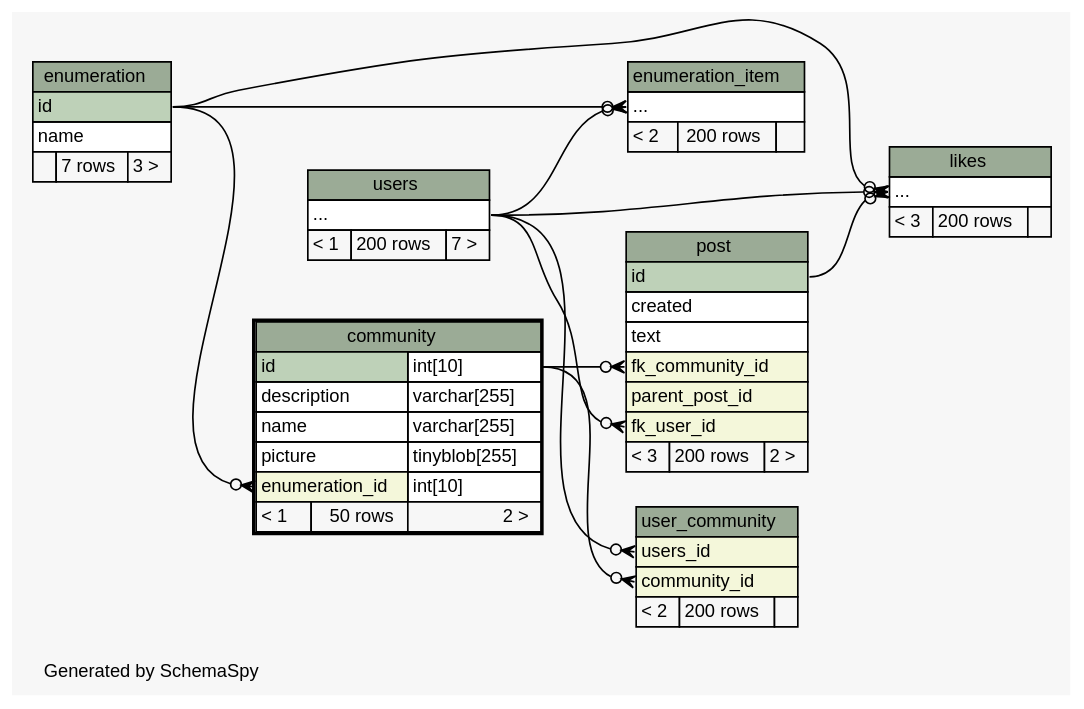
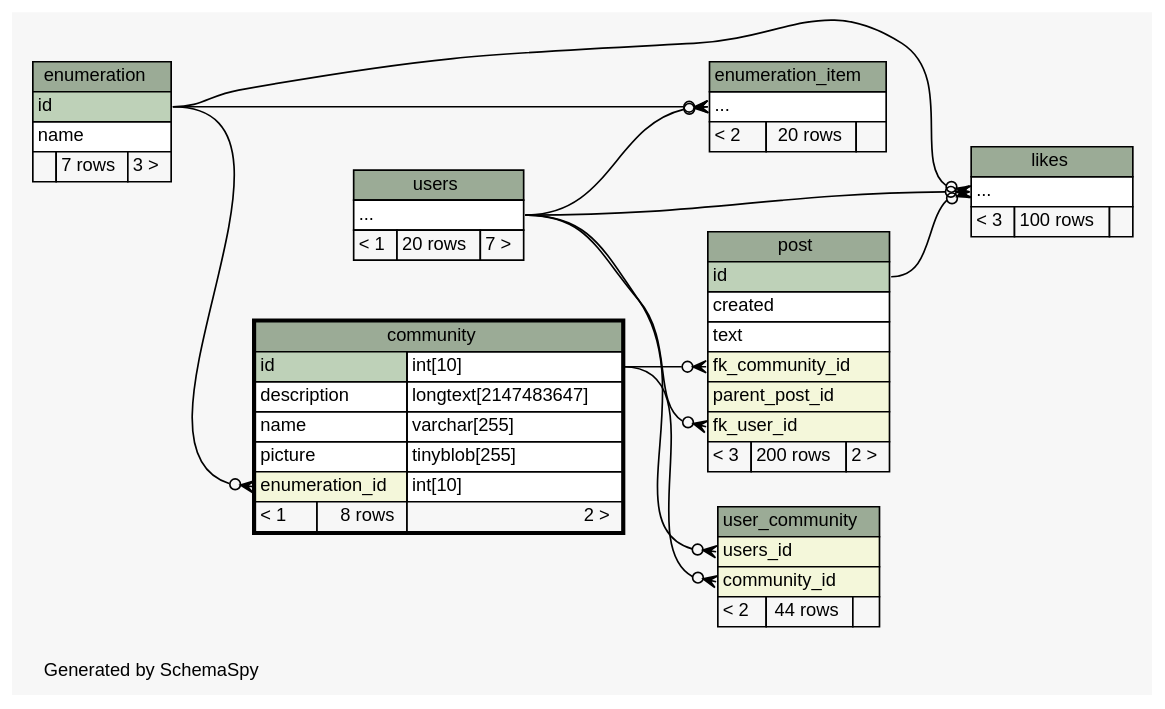
Before and after one commit to chr-krenn/chr-krenn-fhj-ws2017-sd17-pse: the diagram in doc/db_schema/diagrams/community.2degrees.dot, drawn with Graphviz. The commit also changed 65 other files, not shown here.

```diff
--- a/doc/db_schema/diagrams/community.2degrees.dot
+++ b/doc/db_schema/diagrams/community.2degrees.dot
@@ -1,113 +1,113 @@
 // dot 2.40.1 on Linux 4.12.5-300.fc26.x86_64
 // SchemaSpy rev 590
 digraph "twoDegreesRelationshipsDiagram" {
   graph [
     rankdir="RL"
     bgcolor="#f7f7f7"
     label="\nGenerated by SchemaSpy"
     labeljust="l"
     nodesep="0.18"
     ranksep="0.46"
     fontname="Helvetica"
     fontsize="11"
   ];
   node [
     fontname="Helvetica"
     fontsize="11"
     shape="plaintext"
   ];
   edge [
     arrowsize="0.8"
   ];
   "community":"enumeration_id":w -> "enumeration":"id":e [arrowhead=none dir=back arrowtail=crowodot];
   "enumeration_item":"elipses":w -> "enumeration":"id":e [arrowhead=none dir=back arrowtail=crowodot];
   "enumeration_item":"elipses":w -> "users":"elipses":e [arrowhead=none dir=back arrowtail=crowodot];
   "likes":"elipses":w -> "enumeration":"id":e [arrowhead=none dir=back arrowtail=crowodot];
   "likes":"elipses":w -> "post":"id":e [arrowhead=none dir=back arrowtail=crowodot];
   "likes":"elipses":w -> "users":"elipses":e [arrowhead=none dir=back arrowtail=crowodot];
   "post":"fk_community_id":w -> "community":"id.type":e [arrowhead=none dir=back arrowtail=crowodot];
   "post":"fk_user_id":w -> "users":"elipses":e [arrowhead=none dir=back arrowtail=crowodot];
   "user_community":"community_id":w -> "community":"id.type":e [arrowhead=none dir=back arrowtail=crowodot];
   "user_community":"users_id":w -> "users":"elipses":e [arrowhead=none dir=back arrowtail=crowodot];
   "community" [
     label=<
     <TABLE BORDER="2" CELLBORDER="1" CELLSPACING="0" BGCOLOR="#ffffff">
       <TR><TD COLSPAN="3" BGCOLOR="#9bab96" ALIGN="CENTER">community</TD></TR>
       <TR><TD PORT="id" COLSPAN="2" BGCOLOR="#bed1b8" ALIGN="LEFT">id</TD><TD PORT="id.type" ALIGN="LEFT">int[10]</TD></TR>
-      <TR><TD PORT="description" COLSPAN="2" ALIGN="LEFT">description</TD><TD PORT="description.type" ALIGN="LEFT">varchar[255]</TD></TR>
+      <TR><TD PORT="description" COLSPAN="2" ALIGN="LEFT">description</TD><TD PORT="description.type" ALIGN="LEFT">longtext[2147483647]</TD></TR>
       <TR><TD PORT="name" COLSPAN="2" ALIGN="LEFT">name</TD><TD PORT="name.type" ALIGN="LEFT">varchar[255]</TD></TR>
       <TR><TD PORT="picture" COLSPAN="2" ALIGN="LEFT">picture</TD><TD PORT="picture.type" ALIGN="LEFT">tinyblob[255]</TD></TR>
       <TR><TD PORT="enumeration_id" COLSPAN="2" BGCOLOR="#f4f7da" ALIGN="LEFT">enumeration_id</TD><TD PORT="enumeration_id.type" ALIGN="LEFT">int[10]</TD></TR>
-      <TR><TD ALIGN="LEFT" BGCOLOR="#f7f7f7">&lt; 1</TD><TD ALIGN="RIGHT" BGCOLOR="#f7f7f7">50 rows</TD><TD ALIGN="RIGHT" BGCOLOR="#f7f7f7">2 &gt;</TD></TR>
+      <TR><TD ALIGN="LEFT" BGCOLOR="#f7f7f7">&lt; 1</TD><TD ALIGN="RIGHT" BGCOLOR="#f7f7f7">8 rows</TD><TD ALIGN="RIGHT" BGCOLOR="#f7f7f7">2 &gt;</TD></TR>
     </TABLE>>
     URL="community.html"
     tooltip="community"
   ];
   "enumeration" [
     label=<
     <TABLE BORDER="0" CELLBORDER="1" CELLSPACING="0" BGCOLOR="#ffffff">
       <TR><TD COLSPAN="3" BGCOLOR="#9bab96" ALIGN="CENTER">enumeration</TD></TR>
       <TR><TD PORT="id" COLSPAN="3" BGCOLOR="#bed1b8" ALIGN="LEFT">id</TD></TR>
       <TR><TD PORT="name" COLSPAN="3" ALIGN="LEFT">name</TD></TR>
       <TR><TD ALIGN="LEFT" BGCOLOR="#f7f7f7">  </TD><TD ALIGN="RIGHT" BGCOLOR="#f7f7f7">7 rows</TD><TD ALIGN="RIGHT" BGCOLOR="#f7f7f7">3 &gt;</TD></TR>
     </TABLE>>
     URL="enumeration.html"
     tooltip="enumeration"
   ];
   "enumeration_item" [
     label=<
     <TABLE BORDER="0" CELLBORDER="1" CELLSPACING="0" BGCOLOR="#ffffff">
       <TR><TD COLSPAN="3" BGCOLOR="#9bab96" ALIGN="CENTER">enumeration_item</TD></TR>
       <TR><TD PORT="elipses" COLSPAN="3" ALIGN="LEFT">...</TD></TR>
-      <TR><TD ALIGN="LEFT" BGCOLOR="#f7f7f7">&lt; 2</TD><TD ALIGN="RIGHT" BGCOLOR="#f7f7f7">200 rows</TD><TD ALIGN="RIGHT" BGCOLOR="#f7f7f7">  </TD></TR>
+      <TR><TD ALIGN="LEFT" BGCOLOR="#f7f7f7">&lt; 2</TD><TD ALIGN="RIGHT" BGCOLOR="#f7f7f7">20 rows</TD><TD ALIGN="RIGHT" BGCOLOR="#f7f7f7">  </TD></TR>
     </TABLE>>
     URL="enumeration_item.html"
     tooltip="enumeration_item"
   ];
   "likes" [
     label=<
     <TABLE BORDER="0" CELLBORDER="1" CELLSPACING="0" BGCOLOR="#ffffff">
       <TR><TD COLSPAN="3" BGCOLOR="#9bab96" ALIGN="CENTER">likes</TD></TR>
       <TR><TD PORT="elipses" COLSPAN="3" ALIGN="LEFT">...</TD></TR>
-      <TR><TD ALIGN="LEFT" BGCOLOR="#f7f7f7">&lt; 3</TD><TD ALIGN="RIGHT" BGCOLOR="#f7f7f7">200 rows</TD><TD ALIGN="RIGHT" BGCOLOR="#f7f7f7">  </TD></TR>
+      <TR><TD ALIGN="LEFT" BGCOLOR="#f7f7f7">&lt; 3</TD><TD ALIGN="RIGHT" BGCOLOR="#f7f7f7">100 rows</TD><TD ALIGN="RIGHT" BGCOLOR="#f7f7f7">  </TD></TR>
     </TABLE>>
     URL="likes.html"
     tooltip="likes"
   ];
   "post" [
     label=<
     <TABLE BORDER="0" CELLBORDER="1" CELLSPACING="0" BGCOLOR="#ffffff">
       <TR><TD COLSPAN="3" BGCOLOR="#9bab96" ALIGN="CENTER">post</TD></TR>
       <TR><TD PORT="id" COLSPAN="3" BGCOLOR="#bed1b8" ALIGN="LEFT">id</TD></TR>
       <TR><TD PORT="created" COLSPAN="3" ALIGN="LEFT">created</TD></TR>
       <TR><TD PORT="text" COLSPAN="3" ALIGN="LEFT">text</TD></TR>
       <TR><TD PORT="fk_community_id" COLSPAN="3" BGCOLOR="#f4f7da" ALIGN="LEFT">fk_community_id</TD></TR>
       <TR><TD PORT="parent_post_id" COLSPAN="3" BGCOLOR="#f4f7da" ALIGN="LEFT">parent_post_id</TD></TR>
       <TR><TD PORT="fk_user_id" COLSPAN="3" BGCOLOR="#f4f7da" ALIGN="LEFT">fk_user_id</TD></TR>
       <TR><TD ALIGN="LEFT" BGCOLOR="#f7f7f7">&lt; 3</TD><TD ALIGN="RIGHT" BGCOLOR="#f7f7f7">200 rows</TD><TD ALIGN="RIGHT" BGCOLOR="#f7f7f7">2 &gt;</TD></TR>
     </TABLE>>
     URL="post.html"
     tooltip="post"
   ];
   "user_community" [
     label=<
     <TABLE BORDER="0" CELLBORDER="1" CELLSPACING="0" BGCOLOR="#ffffff">
       <TR><TD COLSPAN="3" BGCOLOR="#9bab96" ALIGN="CENTER">user_community</TD></TR>
       <TR><TD PORT="users_id" COLSPAN="3" BGCOLOR="#f4f7da" ALIGN="LEFT">users_id</TD></TR>
       <TR><TD PORT="community_id" COLSPAN="3" BGCOLOR="#f4f7da" ALIGN="LEFT">community_id</TD></TR>
-      <TR><TD ALIGN="LEFT" BGCOLOR="#f7f7f7">&lt; 2</TD><TD ALIGN="RIGHT" BGCOLOR="#f7f7f7">200 rows</TD><TD ALIGN="RIGHT" BGCOLOR="#f7f7f7">  </TD></TR>
+      <TR><TD ALIGN="LEFT" BGCOLOR="#f7f7f7">&lt; 2</TD><TD ALIGN="RIGHT" BGCOLOR="#f7f7f7">44 rows</TD><TD ALIGN="RIGHT" BGCOLOR="#f7f7f7">  </TD></TR>
     </TABLE>>
     URL="user_community.html"
     tooltip="user_community"
   ];
   "users" [
     label=<
     <TABLE BORDER="0" CELLBORDER="1" CELLSPACING="0" BGCOLOR="#ffffff">
       <TR><TD COLSPAN="3" BGCOLOR="#9bab96" ALIGN="CENTER">users</TD></TR>
       <TR><TD PORT="elipses" COLSPAN="3" ALIGN="LEFT">...</TD></TR>
-      <TR><TD ALIGN="LEFT" BGCOLOR="#f7f7f7">&lt; 1</TD><TD ALIGN="RIGHT" BGCOLOR="#f7f7f7">200 rows</TD><TD ALIGN="RIGHT" BGCOLOR="#f7f7f7">7 &gt;</TD></TR>
+      <TR><TD ALIGN="LEFT" BGCOLOR="#f7f7f7">&lt; 1</TD><TD ALIGN="RIGHT" BGCOLOR="#f7f7f7">20 rows</TD><TD ALIGN="RIGHT" BGCOLOR="#f7f7f7">7 &gt;</TD></TR>
     </TABLE>>
     URL="users.html"
     tooltip="users"
   ];
 }
```
